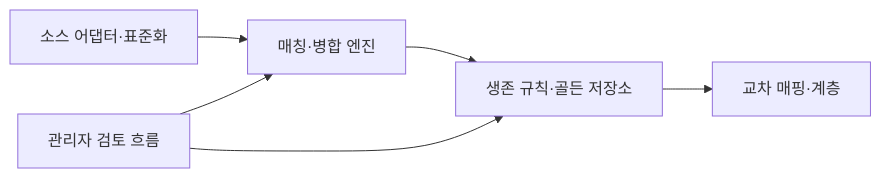
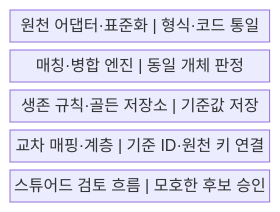
The first of 2 diagrams in src/content/docs/notes/03-software/136_master_data_management.md (agnusdei1207/knowledge-base), drawn with Mermaid before and after one commit. The commit also changed other lines of this file and 20 other files, not shown here.

````diff
--- a/src/content/docs/notes/03-software/136_master_data_management.md
+++ b/src/content/docs/notes/03-software/136_master_data_management.md
@@ -64,8 +60,9 @@
 ```mermaid
-flowchart LR
-    S[소스 어댑터·표준화] --> M[매칭·병합 엔진]
-    M --> G[생존 규칙·골든 저장소]
-    G --> C[교차 매핑·계층]
-    W[관리자 검토 흐름] --> M
-    W --> G
+block
+    columns 1
+    A["원천 어댑터·표준화 | 형식·코드 통일"]
+    B["매칭·병합 엔진 | 동일 개체 판정"]
+    C["생존 규칙·골든 저장소 | 기준값 저장"]
+    D["교차 매핑·계층 | 기준 ID·원천 키 연결"]
+    E["스튜어드 검토 흐름 | 모호한 후보 승인"]
 ```
````
